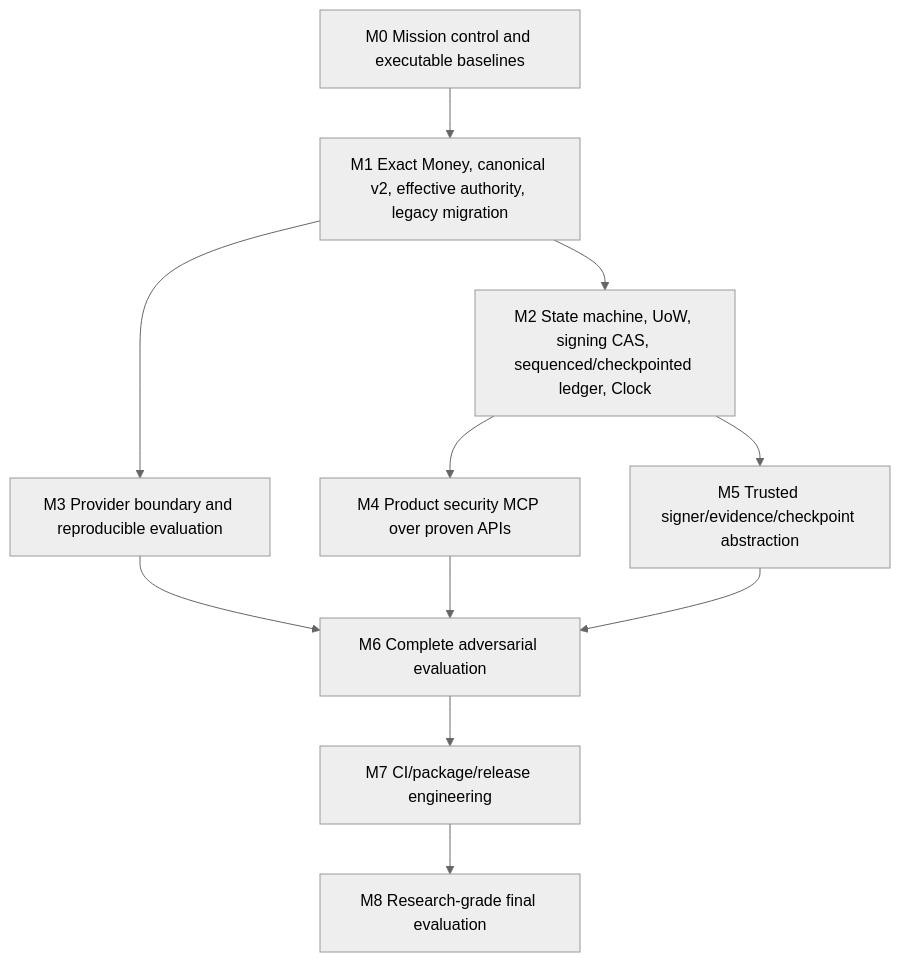
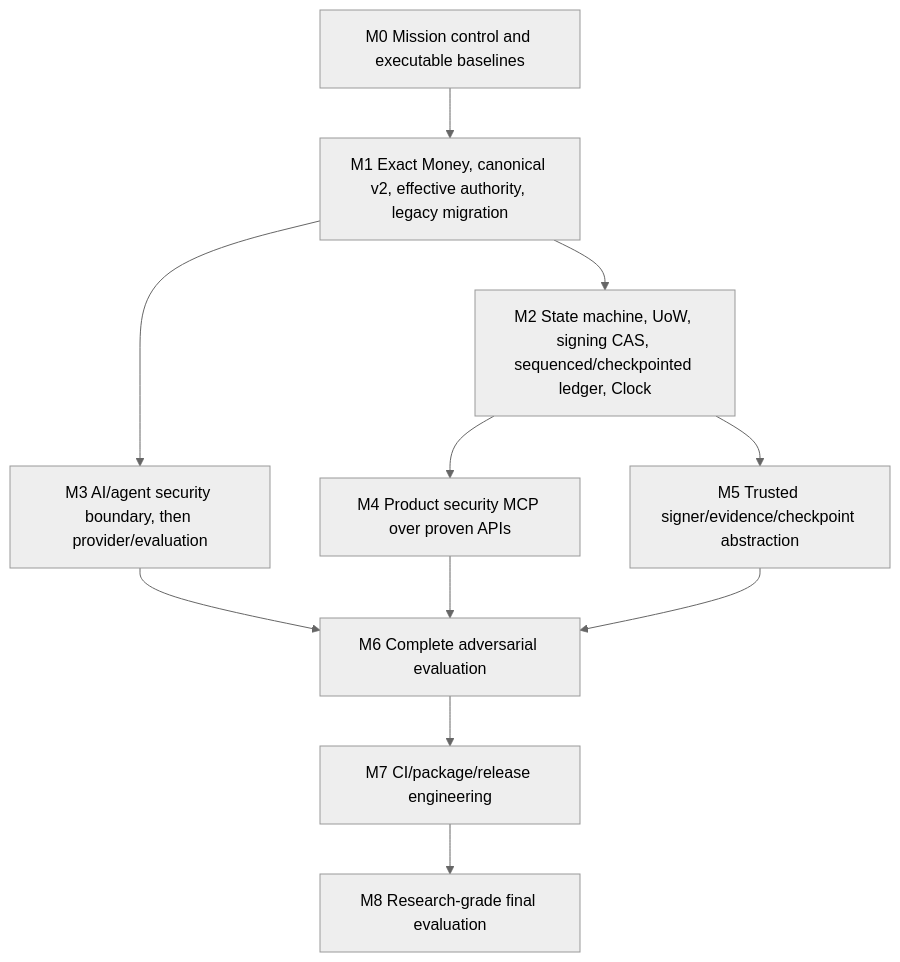
Before and after one commit to hickytani/finCLI: the second of 2 diagrams in docs/MASTER_ROADMAP.md, drawn with Mermaid (neutral theme). The commit also changed other lines of this file and 10 other files, not shown here.

Commit message:
feat(m3): establish AI agent security boundary

````diff
--- a/docs/MASTER_ROADMAP.md
+++ b/docs/MASTER_ROADMAP.md
@@ -99,13 +109,13 @@
 ```mermaid
 flowchart TD
     M0[M0 Mission control and executable baselines] --> M1[M1 Exact Money, canonical v2, effective authority, legacy migration]
     M1 --> M2[M2 State machine, UoW, signing CAS, sequenced/checkpointed ledger, Clock]
-    M1 --> M3[M3 Provider boundary and reproducible evaluation]
+    M1 --> M3[M3 AI/agent security boundary, then provider/evaluation]
     M2 --> M4[M4 Product security MCP over proven APIs]
     M2 --> M5[M5 Trusted signer/evidence/checkpoint abstraction]
     M3 --> M6[M6 Complete adversarial evaluation]
     M4 --> M6
     M5 --> M6
     M6 --> M7[M7 CI/package/release engineering]
     M7 --> M8[M8 Research-grade final evaluation]
 ```
````
